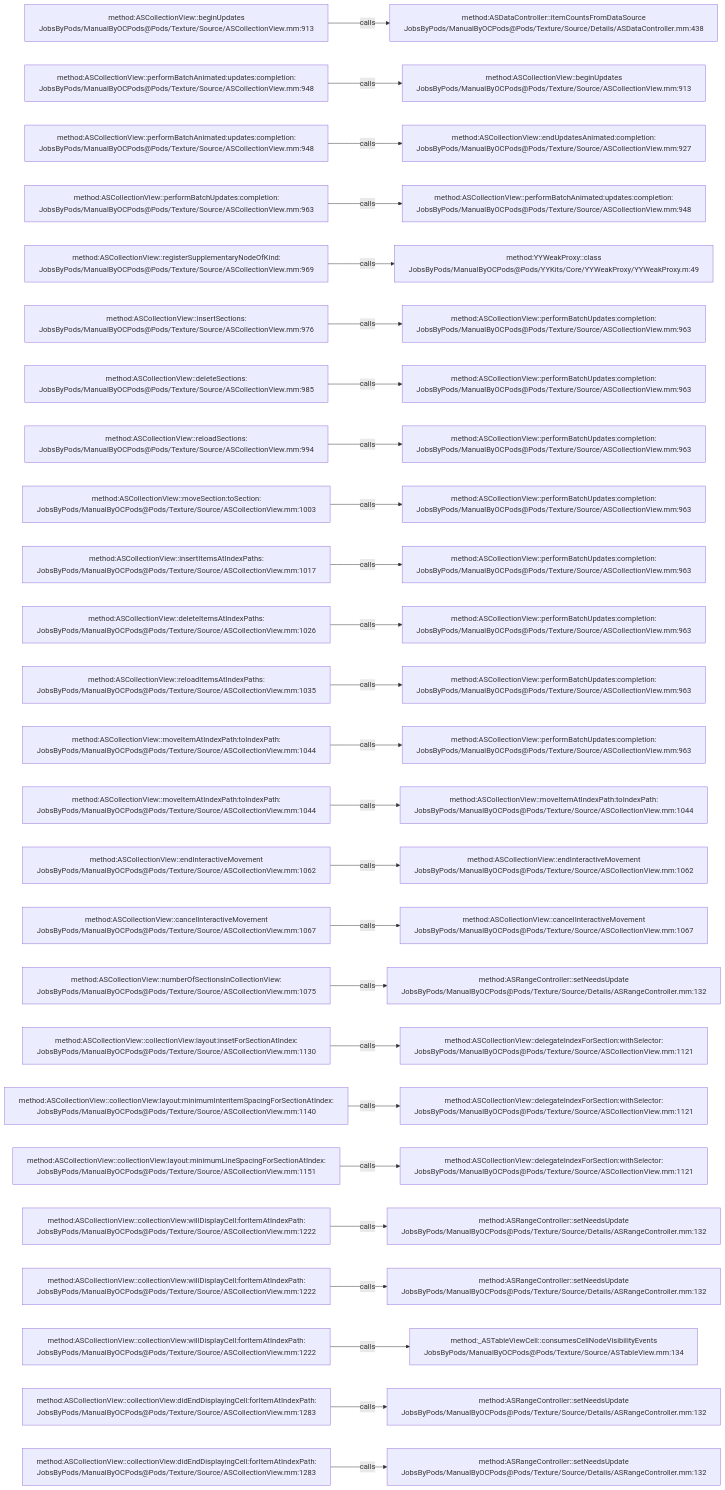
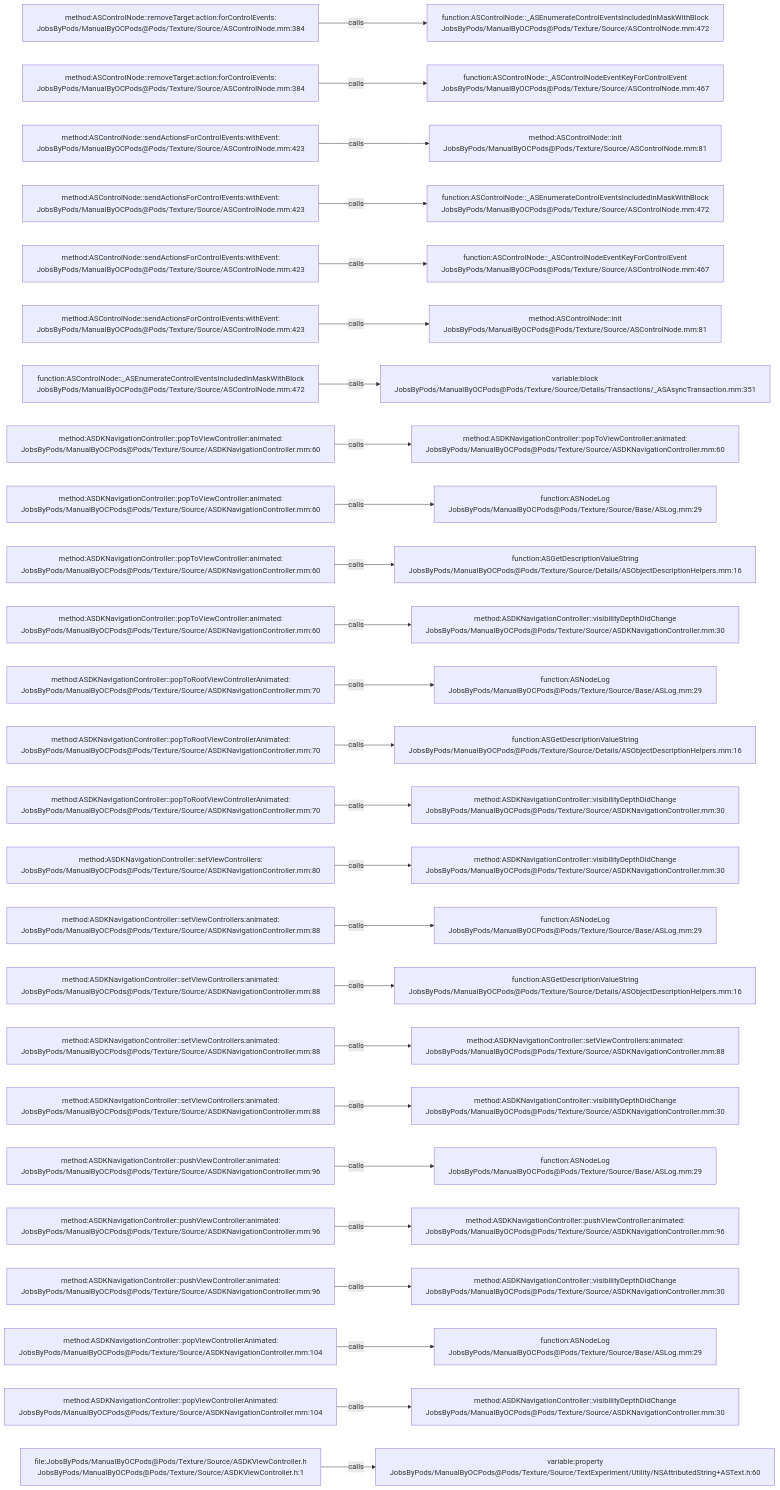
One commit to JobsKits/JobsOCBaseConfigDemo changed the diagram in .codegraph/codegraph.md/graphs/calls-073.md. Above: the diagram before and after it, drawn with Mermaid. The commit also changed 2723 other files, not shown here.

````diff
--- a/.codegraph/codegraph.md/graphs/calls-073.md
+++ b/.codegraph/codegraph.md/graphs/calls-073.md
@@ -13,78 +13,78 @@
 ```mermaid
 flowchart LR
-  S1["method:ASCollectionView::beginUpdates<br/>JobsByPods/ManualByOCPods@Pods/Texture/Source/ASCollectionView.mm:913"]
-  T1["method:ASDataController::itemCountsFromDataSource<br/>JobsByPods/ManualByOCPods@Pods/Texture/Source/Details/ASDataController.mm:438"]
+  S1["method:ASControlNode::removeTarget:action:forControlEvents:<br/>JobsByPods/ManualByOCPods@Pods/Texture/Source/ASControlNode.mm:384"]
+  T1["function:ASControlNode::_ASEnumerateControlEventsIncludedInMaskWithBlock<br/>JobsByPods/ManualByOCPods@Pods/Texture/Source/ASControlNode.mm:472"]
   S1 -->|calls| T1
-  S2["method:ASCollectionView::performBatchAnimated:updates:completion:<br/>JobsByPods/ManualByOCPods@Pods/Texture/Source/ASCollectionView.mm:948"]
-  T2["method:ASCollectionView::beginUpdates<br/>JobsByPods/ManualByOCPods@Pods/Texture/Source/ASCollectionView.mm:913"]
+  S2["method:ASControlNode::removeTarget:action:forControlEvents:<br/>JobsByPods/ManualByOCPods@Pods/Texture/Source/ASControlNode.mm:384"]
+  T2["function:ASControlNode::_ASControlNodeEventKeyForControlEvent<br/>JobsByPods/ManualByOCPods@Pods/Texture/Source/ASControlNode.mm:467"]
   S2 -->|calls| T2
-  S3["method:ASCollectionView::performBatchAnimated:updates:completion:<br/>JobsByPods/ManualByOCPods@Pods/Texture/Source/ASCollectionView.mm:948"]
-  T3["method:ASCollectionView::endUpdatesAnimated:completion:<br/>JobsByPods/ManualByOCPods@Pods/Texture/Source/ASCollectionView.mm:927"]
+  S3["method:ASControlNode::sendActionsForControlEvents:withEvent:<br/>JobsByPods/ManualByOCPods@Pods/Texture/Source/ASControlNode.mm:423"]
+  T3["method:ASControlNode::init<br/>JobsByPods/ManualByOCPods@Pods/Texture/Source/ASControlNode.mm:81"]
   S3 -->|calls| T3
-  S4["method:ASCollectionView::performBatchUpdates:completion:<br/>JobsByPods/ManualByOCPods@Pods/Texture/Source/ASCollectionView.mm:963"]
-  T4["method:ASCollectionView::performBatchAnimated:updates:completion:<br/>JobsByPods/ManualByOCPods@Pods/Texture/Source/ASCollectionView.mm:948"]
+  S4["method:ASControlNode::sendActionsForControlEvents:withEvent:<br/>JobsByPods/ManualByOCPods@Pods/Texture/Source/ASControlNode.mm:423"]
+  T4["function:ASControlNode::_ASEnumerateControlEventsIncludedInMaskWithBlock<br/>JobsByPods/ManualByOCPods@Pods/Texture/Source/ASControlNode.mm:472"]
   S4 -->|calls| T4
-  S5["method:ASCollectionView::registerSupplementaryNodeOfKind:<br/>JobsByPods/ManualByOCPods@Pods/Texture/Source/ASCollectionView.mm:969"]
-  T5["method:YYWeakProxy::class<br/>JobsByPods/ManualByOCPods@Pods/YYKits/Core/YYWeakProxy/YYWeakProxy.m:49"]
+  S5["method:ASControlNode::sendActionsForControlEvents:withEvent:<br/>JobsByPods/ManualByOCPods@Pods/Texture/Source/ASControlNode.mm:423"]
+  T5["function:ASControlNode::_ASControlNodeEventKeyForControlEvent<br/>JobsByPods/ManualByOCPods@Pods/Texture/Source/ASControlNode.mm:467"]
   S5 -->|calls| T5
-  S6["method:ASCollectionView::insertSections:<br/>JobsByPods/ManualByOCPods@Pods/Texture/Source/ASCollectionView.mm:976"]
-  T6["method:ASCollectionView::performBatchUpdates:completion:<br/>JobsByPods/ManualByOCPods@Pods/Texture/Source/ASCollectionView.mm:963"]
+  S6["method:ASControlNode::sendActionsForControlEvents:withEvent:<br/>JobsByPods/ManualByOCPods@Pods/Texture/Source/ASControlNode.mm:423"]
+  T6["method:ASControlNode::init<br/>JobsByPods/ManualByOCPods@Pods/Texture/Source/ASControlNode.mm:81"]
   S6 -->|calls| T6
-  S7["method:ASCollectionView::deleteSections:<br/>JobsByPods/ManualByOCPods@Pods/Texture/Source/ASCollectionView.mm:985"]
-  T7["method:ASCollectionView::performBatchUpdates:completion:<br/>JobsByPods/ManualByOCPods@Pods/Texture/Source/ASCollectionView.mm:963"]
+  S7["function:ASControlNode::_ASEnumerateControlEventsIncludedInMaskWithBlock<br/>JobsByPods/ManualByOCPods@Pods/Texture/Source/ASControlNode.mm:472"]
+  T7["variable:block<br/>JobsByPods/ManualByOCPods@Pods/Texture/Source/Details/Transactions/_ASAsyncTransaction.mm:351"]
   S7 -->|calls| T7
-  S8["method:ASCollectionView::reloadSections:<br/>JobsByPods/ManualByOCPods@Pods/Texture/Source/ASCollectionView.mm:994"]
-  T8["method:ASCollectionView::performBatchUpdates:completion:<br/>JobsByPods/ManualByOCPods@Pods/Texture/Source/ASCollectionView.mm:963"]
+  S8["method:ASDKNavigationController::popToViewController:animated:<br/>JobsByPods/ManualByOCPods@Pods/Texture/Source/ASDKNavigationController.mm:60"]
+  T8["method:ASDKNavigationController::popToViewController:animated:<br/>JobsByPods/ManualByOCPods@Pods/Texture/Source/ASDKNavigationController.mm:60"]
   S8 -->|calls| T8
-  S9["method:ASCollectionView::moveSection:toSection:<br/>JobsByPods/ManualByOCPods@Pods/Texture/Source/ASCollectionView.mm:1003"]
-  T9["method:ASCollectionView::performBatchUpdates:completion:<br/>JobsByPods/ManualByOCPods@Pods/Texture/Source/ASCollectionView.mm:963"]
+  S9["method:ASDKNavigationController::popToViewController:animated:<br/>JobsByPods/ManualByOCPods@Pods/Texture/Source/ASDKNavigationController.mm:60"]
+  T9["function:ASNodeLog<br/>JobsByPods/ManualByOCPods@Pods/Texture/Source/Base/ASLog.mm:29"]
   S9 -->|calls| T9
-  S10["method:ASCollectionView::insertItemsAtIndexPaths:<br/>JobsByPods/ManualByOCPods@Pods/Texture/Source/ASCollectionView.mm:1017"]
-  T10["method:ASCollectionView::performBatchUpdates:completion:<br/>JobsByPods/ManualByOCPods@Pods/Texture/Source/ASCollectionView.mm:963"]
+  S10["method:ASDKNavigationController::popToViewController:animated:<br/>JobsByPods/ManualByOCPods@Pods/Texture/Source/ASDKNavigationController.mm:60"]
+  T10["function:ASGetDescriptionValueString<br/>JobsByPods/ManualByOCPods@Pods/Texture/Source/Details/ASObjectDescriptionHelpers.mm:16"]
   S10 -->|calls| T10
-  S11["method:ASCollectionView::deleteItemsAtIndexPaths:<br/>JobsByPods/ManualByOCPods@Pods/Texture/Source/ASCollectionView.mm:1026"]
-  T11["method:ASCollectionView::performBatchUpdates:completion:<br/>JobsByPods/ManualByOCPods@Pods/Texture/Source/ASCollectionView.mm:963"]
+  S11["method:ASDKNavigationController::popToViewController:animated:<br/>JobsByPods/ManualByOCPods@Pods/Texture/Source/ASDKNavigationController.mm:60"]
+  T11["method:ASDKNavigationController::visibilityDepthDidChange<br/>JobsByPods/ManualByOCPods@Pods/Texture/Source/ASDKNavigationController.mm:30"]
   S11 -->|calls| T11
-  S12["method:ASCollectionView::reloadItemsAtIndexPaths:<br/>JobsByPods/ManualByOCPods@Pods/Texture/Source/ASCollectionView.mm:1035"]
-  T12["method:ASCollectionView::performBatchUpdates:completion:<br/>JobsByPods/ManualByOCPods@Pods/Texture/Source/ASCollectionView.mm:963"]
+  S12["method:ASDKNavigationController::popToRootViewControllerAnimated:<br/>JobsByPods/ManualByOCPods@Pods/Texture/Source/ASDKNavigationController.mm:70"]
+  T12["function:ASNodeLog<br/>JobsByPods/ManualByOCPods@Pods/Texture/Source/Base/ASLog.mm:29"]
   S12 -->|calls| T12
-  S13["method:ASCollectionView::moveItemAtIndexPath:toIndexPath:<br/>JobsByPods/ManualByOCPods@Pods/Texture/Source/ASCollectionView.mm:1044"]
-  T13["method:ASCollectionView::performBatchUpdates:completion:<br/>JobsByPods/ManualByOCPods@Pods/Texture/Source/ASCollectionView.mm:963"]
+  S13["method:ASDKNavigationController::popToRootViewControllerAnimated:<br/>JobsByPods/ManualByOCPods@Pods/Texture/Source/ASDKNavigationController.mm:70"]
+  T13["function:ASGetDescriptionValueString<br/>JobsByPods/ManualByOCPods@Pods/Texture/Source/Details/ASObjectDescriptionHelpers.mm:16"]
   S13 -->|calls| T13
-  S14["method:ASCollectionView::moveItemAtIndexPath:toIndexPath:<br/>JobsByPods/ManualByOCPods@Pods/Texture/Source/ASCollectionView.mm:1044"]
-  T14["method:ASCollectionView::moveItemAtIndexPath:toIndexPath:<br/>JobsByPods/ManualByOCPods@Pods/Texture/Source/ASCollectionView.mm:1044"]
+  S14["method:ASDKNavigationController::popToRootViewControllerAnimated:<br/>JobsByPods/ManualByOCPods@Pods/Texture/Source/ASDKNavigationController.mm:70"]
+  T14["method:ASDKNavigationController::visibilityDepthDidChange<br/>JobsByPods/ManualByOCPods@Pods/Texture/Source/ASDKNavigationController.mm:30"]
   S14 -->|calls| T14
-  S15["method:ASCollectionView::endInteractiveMovement<br/>JobsByPods/ManualByOCPods@Pods/Texture/Source/ASCollectionView.mm:1062"]
-  T15["method:ASCollectionView::endInteractiveMovement<br/>JobsByPods/ManualByOCPods@Pods/Texture/Source/ASCollectionView.mm:1062"]
+  S15["method:ASDKNavigationController::setViewControllers:<br/>JobsByPods/ManualByOCPods@Pods/Texture/Source/ASDKNavigationController.mm:80"]
+  T15["method:ASDKNavigationController::visibilityDepthDidChange<br/>JobsByPods/ManualByOCPods@Pods/Texture/Source/ASDKNavigationController.mm:30"]
   S15 -->|calls| T15
-  S16["method:ASCollectionView::cancelInteractiveMovement<br/>JobsByPods/ManualByOCPods@Pods/Texture/Source/ASCollectionView.mm:1067"]
-  T16["method:ASCollectionView::cancelInteractiveMovement<br/>JobsByPods/ManualByOCPods@Pods/Texture/Source/ASCollectionView.mm:1067"]
+  S16["method:ASDKNavigationController::setViewControllers:animated:<br/>JobsByPods/ManualByOCPods@Pods/Texture/Source/ASDKNavigationController.mm:88"]
+  T16["function:ASNodeLog<br/>JobsByPods/ManualByOCPods@Pods/Texture/Source/Base/ASLog.mm:29"]
   S16 -->|calls| T16
-  S17["method:ASCollectionView::numberOfSectionsInCollectionView:<br/>JobsByPods/ManualByOCPods@Pods/Texture/Source/ASCollectionView.mm:1075"]
-  T17["method:ASRangeController::setNeedsUpdate<br/>JobsByPods/ManualByOCPods@Pods/Texture/Source/Details/ASRangeController.mm:132"]
+  S17["method:ASDKNavigationController::setViewControllers:animated:<br/>JobsByPods/ManualByOCPods@Pods/Texture/Source/ASDKNavigationController.mm:88"]
+  T17["function:ASGetDescriptionValueString<br/>JobsByPods/ManualByOCPods@Pods/Texture/Source/Details/ASObjectDescriptionHelpers.mm:16"]
   S17 -->|calls| T17
-  S18["method:ASCollectionView::collectionView:layout:insetForSectionAtIndex:<br/>JobsByPods/ManualByOCPods@Pods/Texture/Source/ASCollectionView.mm:1130"]
-  T18["method:ASCollectionView::delegateIndexForSection:withSelector:<br/>JobsByPods/ManualByOCPods@Pods/Texture/Source/ASCollectionView.mm:1121"]
+  S18["method:ASDKNavigationController::setViewControllers:animated:<br/>JobsByPods/ManualByOCPods@Pods/Texture/Source/ASDKNavigationController.mm:88"]
+  T18["method:ASDKNavigationController::setViewControllers:animated:<br/>JobsByPods/ManualByOCPods@Pods/Texture/Source/ASDKNavigationController.mm:88"]
   S18 -->|calls| T18
-  S19["method:ASCollectionView::collectionView:layout:minimumInteritemSpacingForSectionAtIndex:<br/>JobsByPods/ManualByOCPods@Pods/Texture/Source/ASCollectionView.mm:1140"]
-  T19["method:ASCollectionView::delegateIndexForSection:withSelector:<br/>JobsByPods/ManualByOCPods@Pods/Texture/Source/ASCollectionView.mm:1121"]
+  S19["method:ASDKNavigationController::setViewControllers:animated:<br/>JobsByPods/ManualByOCPods@Pods/Texture/Source/ASDKNavigationController.mm:88"]
+  T19["method:ASDKNavigationController::visibilityDepthDidChange<br/>JobsByPods/ManualByOCPods@Pods/Texture/Source/ASDKNavigationController.mm:30"]
   S19 -->|calls| T19
-  S20["method:ASCollectionView::collectionView:layout:minimumLineSpacingForSectionAtIndex:<br/>JobsByPods/ManualByOCPods@Pods/Texture/Source/ASCollectionView.mm:1151"]
-  T20["method:ASCollectionView::delegateIndexForSection:withSelector:<br/>JobsByPods/ManualByOCPods@Pods/Texture/Source/ASCollectionView.mm:1121"]
+  S20["method:ASDKNavigationController::pushViewController:animated:<br/>JobsByPods/ManualByOCPods@Pods/Texture/Source/ASDKNavigationController.mm:96"]
+  T20["function:ASNodeLog<br/>JobsByPods/ManualByOCPods@Pods/Texture/Source/Base/ASLog.mm:29"]
   S20 -->|calls| T20
-  S21["method:ASCollectionView::collectionView:willDisplayCell:forItemAtIndexPath:<br/>JobsByPods/ManualByOCPods@Pods/Texture/Source/ASCollectionView.mm:1222"]
-  T21["method:ASRangeController::setNeedsUpdate<br/>JobsByPods/ManualByOCPods@Pods/Texture/Source/Details/ASRangeController.mm:132"]
+  S21["method:ASDKNavigationController::pushViewController:animated:<br/>JobsByPods/ManualByOCPods@Pods/Texture/Source/ASDKNavigationController.mm:96"]
+  T21["method:ASDKNavigationController::pushViewController:animated:<br/>JobsByPods/ManualByOCPods@Pods/Texture/Source/ASDKNavigationController.mm:96"]
   S21 -->|calls| T21
-  S22["method:ASCollectionView::collectionView:willDisplayCell:forItemAtIndexPath:<br/>JobsByPods/ManualByOCPods@Pods/Texture/Source/ASCollectionView.mm:1222"]
-  T22["method:ASRangeController::setNeedsUpdate<br/>JobsByPods/ManualByOCPods@Pods/Texture/Source/Details/ASRangeController.mm:132"]
+  S22["method:ASDKNavigationController::pushViewController:animated:<br/>JobsByPods/ManualByOCPods@Pods/Texture/Source/ASDKNavigationController.mm:96"]
+  T22["method:ASDKNavigationController::visibilityDepthDidChange<br/>JobsByPods/ManualByOCPods@Pods/Texture/Source/ASDKNavigationController.mm:30"]
   S22 -->|calls| T22
-  S23["method:ASCollectionView::collectionView:willDisplayCell:forItemAtIndexPath:<br/>JobsByPods/ManualByOCPods@Pods/Texture/Source/ASCollectionView.mm:1222"]
-  T23["method:_ASTableViewCell::consumesCellNodeVisibilityEvents<br/>JobsByPods/ManualByOCPods@Pods/Texture/Source/ASTableView.mm:134"]
+  S23["method:ASDKNavigationController::popViewControllerAnimated:<br/>JobsByPods/ManualByOCPods@Pods/Texture/Source/ASDKNavigationController.mm:104"]
+  T23["function:ASNodeLog<br/>JobsByPods/ManualByOCPods@Pods/Texture/Source/Base/ASLog.mm:29"]
   S23 -->|calls| T23
-  S24["method:ASCollectionView::collectionView:didEndDisplayingCell:forItemAtIndexPath:<br/>JobsByPods/ManualByOCPods@Pods/Texture/Source/ASCollectionView.mm:1283"]
-  T24["method:ASRangeController::setNeedsUpdate<br/>JobsByPods/ManualByOCPods@Pods/Texture/Source/Details/ASRangeController.mm:132"]
+  S24["method:ASDKNavigationController::popViewControllerAnimated:<br/>JobsByPods/ManualByOCPods@Pods/Texture/Source/ASDKNavigationController.mm:104"]
+  T24["method:ASDKNavigationController::visibilityDepthDidChange<br/>JobsByPods/ManualByOCPods@Pods/Texture/Source/ASDKNavigationController.mm:30"]
   S24 -->|calls| T24
-  S25["method:ASCollectionView::collectionView:didEndDisplayingCell:forItemAtIndexPath:<br/>JobsByPods/ManualByOCPods@Pods/Texture/Source/ASCollectionView.mm:1283"]
-  T25["method:ASRangeController::setNeedsUpdate<br/>JobsByPods/ManualByOCPods@Pods/Texture/Source/Details/ASRangeController.mm:132"]
+  S25["file:JobsByPods/ManualByOCPods@Pods/Texture/Source/ASDKViewController.h<br/>JobsByPods/ManualByOCPods@Pods/Texture/Source/ASDKViewController.h:1"]
+  T25["variable:property<br/>JobsByPods/ManualByOCPods@Pods/Texture/Source/TextExperiment/Utility/NSAttributedString+ASText.h:60"]
   S25 -->|calls| T25
 ```
````
